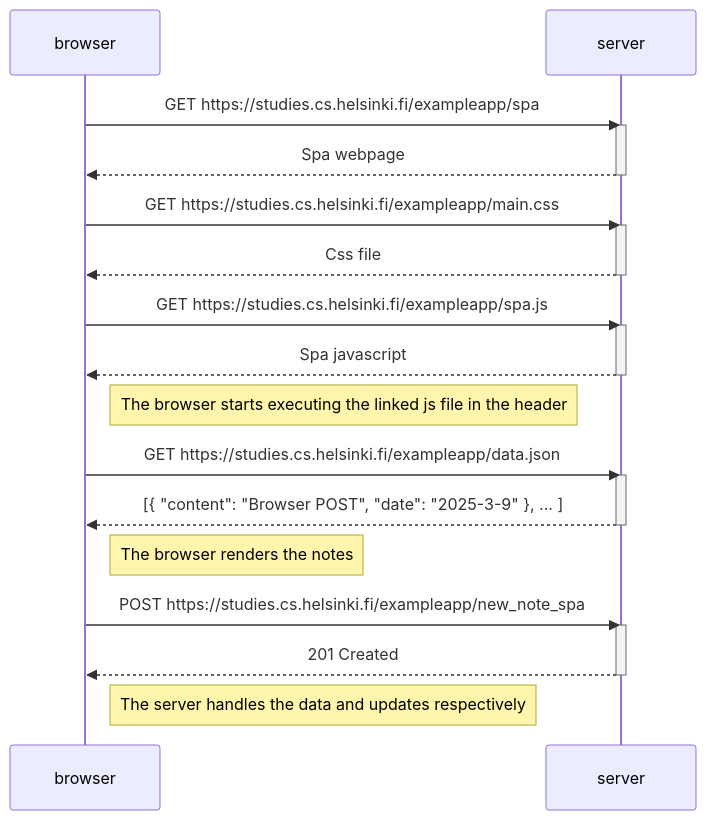
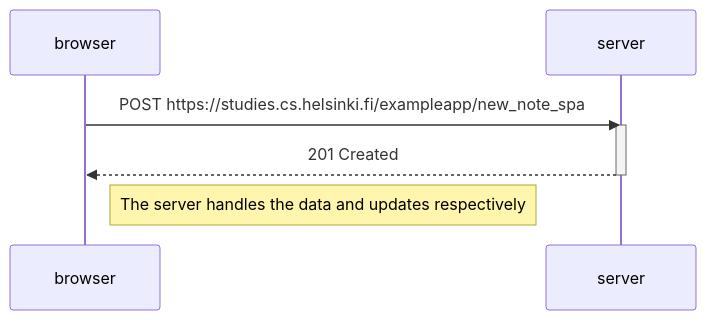
Before and after one commit to ianDougherty0706/fullStackOpen: the diagram in part0/newNoteSPA.md, drawn with Mermaid.

````diff
--- a/part0/newNoteSPA.md
+++ b/part0/newNoteSPA.md
@@ -1,35 +1,11 @@
 ```mermaid
 sequenceDiagram
     participant browser
     participant server
-
-    browser->>server: GET https://studies.cs.helsinki.fi/exampleapp/spa
-    activate server
-    server-->>browser: Spa webpage
-    deactivate server
-
-    browser->>server: GET https://studies.cs.helsinki.fi/exampleapp/main.css
-    activate server
-    server-->>browser: Css file
-    deactivate server
-
-    browser->>server: GET https://studies.cs.helsinki.fi/exampleapp/spa.js
-    activate server
-    server-->>browser: Spa javascript
-    deactivate server
-
-    Note right of browser: The browser starts executing the linked js file in the header
-
-    browser->>server: GET https://studies.cs.helsinki.fi/exampleapp/data.json
-    activate server
-    server-->>browser: [{ "content": "Browser POST", "date": "2025-3-9" }, ... ]
-    deactivate server
-
-    Note right of browser: The browser renders the notes
 
     browser->>server: POST https://studies.cs.helsinki.fi/exampleapp/new_note_spa
     activate server
     server-->>browser: 201 Created
     deactivate server
     Note right of browser: The server handles the data and updates respectively
 ```
````
